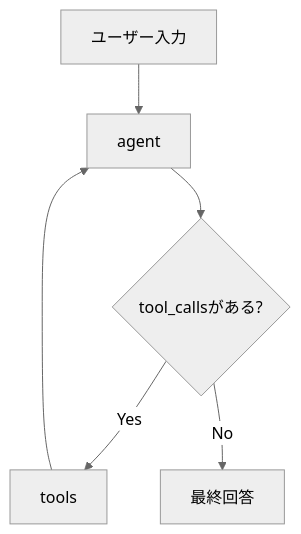
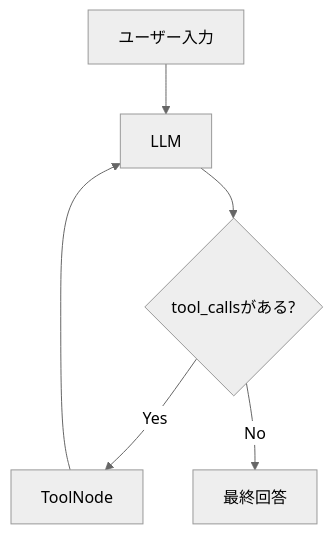
Before and after one commit to aymkbyshi/databricks-agentops-customer-support: the third of 4 diagrams in articles/databricks-agentops-zenn.md, drawn with Mermaid (neutral theme). The commit also changed other lines of this file, not shown here.

````diff
--- a/articles/databricks-agentops-zenn.md
+++ b/articles/databricks-agentops-zenn.md
@@ -157,8 +126,8 @@
 ```mermaid
 flowchart TD
-    A[ユーザー入力] --> B[agent]
+    A[ユーザー入力] --> B[LLM]
     B --> C{tool_callsがある?}
-    C -->|Yes| D[tools]
+    C -->|Yes| D[ToolNode]
     D --> B
     C -->|No| E[最終回答]
 ```
````
